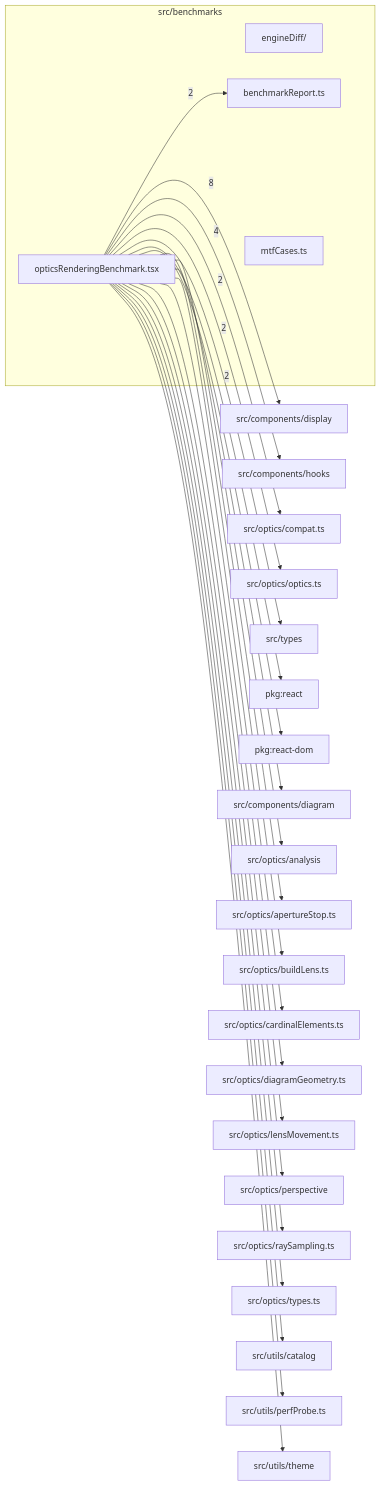
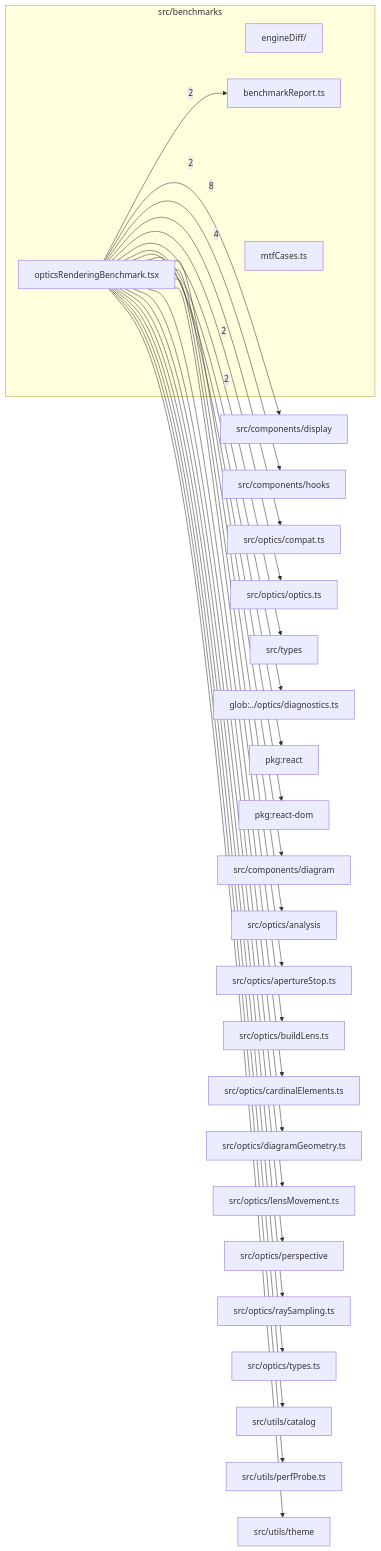
Before and after one commit to BeamFour/LensVisualizer: the diagram in src/benchmarks/readme.md, drawn with Mermaid. The commit also changed other lines of this file and 20 other files, not shown here.

````diff
--- a/src/benchmarks/readme.md
+++ b/src/benchmarks/readme.md
@@ -9,50 +9,52 @@
 ```mermaid
 flowchart LR
   subgraph n_src_benchmarks["src/benchmarks"]
     n_src_benchmarks_src_benchmarks_engineDiff["engineDiff/"]
     n_src_benchmarks_src_benchmarks_benchmarkReport_ts["benchmarkReport.ts"]
     n_src_benchmarks_src_benchmarks_mtfCases_ts["mtfCases.ts"]
     n_src_benchmarks_src_benchmarks_opticsRenderingBenchmark_tsx["opticsRenderingBenchmark.tsx"]
   end
   n_external_src_components_display["src/components/display"]
   n_external_src_components_hooks["src/components/hooks"]
   n_external_src_optics_compat_ts["src/optics/compat.ts"]
   n_external_src_optics_optics_ts["src/optics/optics.ts"]
   n_external_src_types["src/types"]
+  n_external_glob____optics_diagnostics_ts["glob:../optics/diagnostics.ts"]
   n_external_pkg_react["pkg:react"]
   n_external_pkg_react_dom["pkg:react-dom"]
   n_external_src_components_diagram["src/components/diagram"]
   n_external_src_optics_analysis["src/optics/analysis"]
   n_external_src_optics_apertureStop_ts["src/optics/apertureStop.ts"]
   n_external_src_optics_buildLens_ts["src/optics/buildLens.ts"]
   n_external_src_optics_cardinalElements_ts["src/optics/cardinalElements.ts"]
   n_external_src_optics_diagramGeometry_ts["src/optics/diagramGeometry.ts"]
   n_external_src_optics_lensMovement_ts["src/optics/lensMovement.ts"]
   n_external_src_optics_perspective["src/optics/perspective"]
   n_external_src_optics_raySampling_ts["src/optics/raySampling.ts"]
   n_external_src_optics_types_ts["src/optics/types.ts"]
   n_external_src_utils_catalog["src/utils/catalog"]
   n_external_src_utils_perfProbe_ts["src/utils/perfProbe.ts"]
   n_external_src_utils_theme["src/utils/theme"]
   n_src_benchmarks_src_benchmarks_opticsRenderingBenchmark_tsx --> |8| n_external_src_components_display
   n_src_benchmarks_src_benchmarks_opticsRenderingBenchmark_tsx --> |4| n_external_src_components_hooks
   n_src_benchmarks_src_benchmarks_opticsRenderingBenchmark_tsx --> |2| n_external_src_optics_compat_ts
   n_src_benchmarks_src_benchmarks_opticsRenderingBenchmark_tsx --> |2| n_external_src_optics_optics_ts
   n_src_benchmarks_src_benchmarks_opticsRenderingBenchmark_tsx --> |2| n_external_src_types
   n_src_benchmarks_src_benchmarks_opticsRenderingBenchmark_tsx --> |2| n_src_benchmarks_src_benchmarks_benchmarkReport_ts
+  n_src_benchmarks_src_benchmarks_opticsRenderingBenchmark_tsx --> n_external_glob____optics_diagnostics_ts
   n_src_benchmarks_src_benchmarks_opticsRenderingBenchmark_tsx --> n_external_pkg_react
   n_src_benchmarks_src_benchmarks_opticsRenderingBenchmark_tsx --> n_external_pkg_react_dom
   n_src_benchmarks_src_benchmarks_opticsRenderingBenchmark_tsx --> n_external_src_components_diagram
   n_src_benchmarks_src_benchmarks_opticsRenderingBenchmark_tsx --> n_external_src_optics_analysis
   n_src_benchmarks_src_benchmarks_opticsRenderingBenchmark_tsx --> n_external_src_optics_apertureStop_ts
   n_src_benchmarks_src_benchmarks_opticsRenderingBenchmark_tsx --> n_external_src_optics_buildLens_ts
   n_src_benchmarks_src_benchmarks_opticsRenderingBenchmark_tsx --> n_external_src_optics_cardinalElements_ts
   n_src_benchmarks_src_benchmarks_opticsRenderingBenchmark_tsx --> n_external_src_optics_diagramGeometry_ts
   n_src_benchmarks_src_benchmarks_opticsRenderingBenchmark_tsx --> n_external_src_optics_lensMovement_ts
   n_src_benchmarks_src_benchmarks_opticsRenderingBenchmark_tsx --> n_external_src_optics_perspective
   n_src_benchmarks_src_benchmarks_opticsRenderingBenchmark_tsx --> n_external_src_optics_raySampling_ts
   n_src_benchmarks_src_benchmarks_opticsRenderingBenchmark_tsx --> n_external_src_optics_types_ts
   n_src_benchmarks_src_benchmarks_opticsRenderingBenchmark_tsx --> n_external_src_utils_catalog
   n_src_benchmarks_src_benchmarks_opticsRenderingBenchmark_tsx --> n_external_src_utils_perfProbe_ts
   n_src_benchmarks_src_benchmarks_opticsRenderingBenchmark_tsx --> n_external_src_utils_theme
 ```
````
